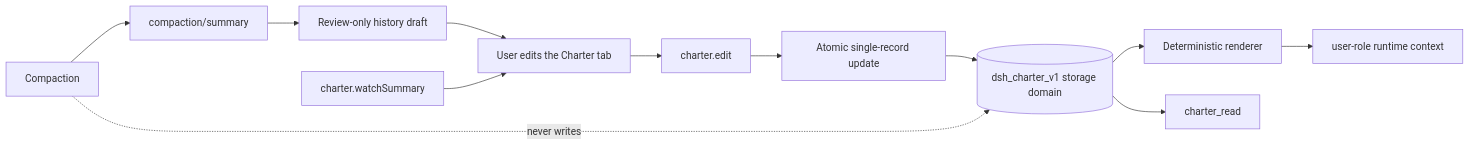
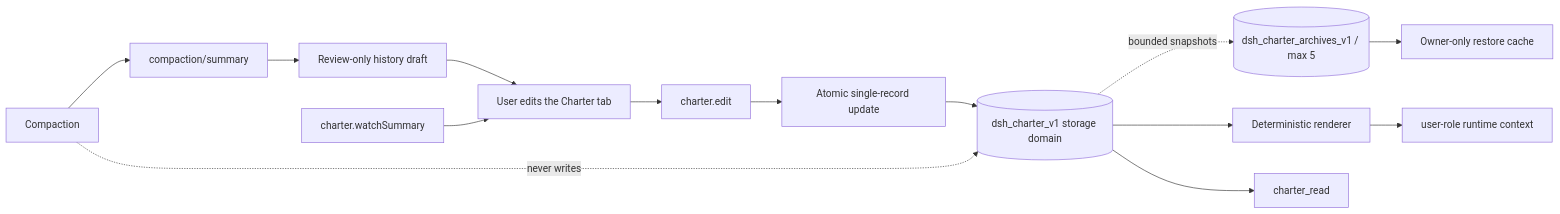
Before and after one commit to centella-cream/dsh-charter: the diagram in README.md, drawn with Mermaid. The commit also changed other lines of this file and 2 other files, not shown here.

Commit message:
docs: record bounded archive cache

````diff
--- a/README.md
+++ b/README.md
@@ -121,14 +122,16 @@
 ```mermaid
 flowchart LR
   U[User edits the Charter tab] --> A[charter.edit]
   A --> B[Atomic single-record update]
   B --> D[(dsh_charter_v1 storage domain)]
+  D -. bounded snapshots .-> Q[(dsh_charter_archives_v1 / max 5)]
+  Q --> X[Owner-only restore cache]
   D --> R[Deterministic renderer]
   R --> C[user-role runtime context]
   D --> T[charter_read]
   P[Compaction] -. never writes .-> D
   P --> S[compaction/summary]
   S --> H[Review-only history draft]
   H --> U
   W[charter.watchSummary] --> U
 ```
````
